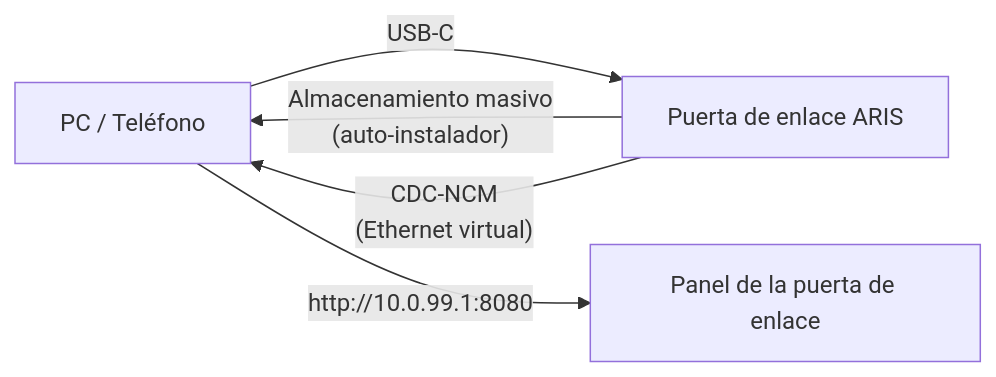
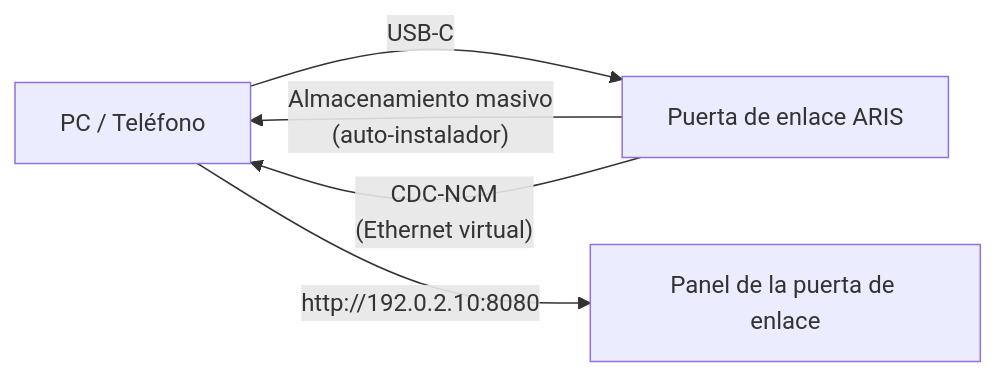
Before and after one commit to celestia-island/aris: the diagram in docs/es/guides/usb-c-provisioning.md, drawn with Mermaid. The commit also changed other lines of this file and 18 other files, not shown here.

````diff
--- a/docs/es/guides/usb-c-provisioning.md
+++ b/docs/es/guides/usb-c-provisioning.md
@@ -26,7 +26,7 @@
 ```mermaid
 flowchart LR
     HOST["PC / Teléfono"] -->|"USB-C"| ARIS["Puerta de enlace ARIS"]
     ARIS -->|"Almacenamiento masivo\n(auto-instalador)"| HOST
     ARIS -->|"CDC-NCM\n(Ethernet virtual)"| HOST
-    HOST -->|"http://10.0.99.1:8080"| DASH["Panel de la puerta de enlace"]
+    HOST -->|"http://192.0.2.10:8080"| DASH["Panel de la puerta de enlace"]
 ```
````
